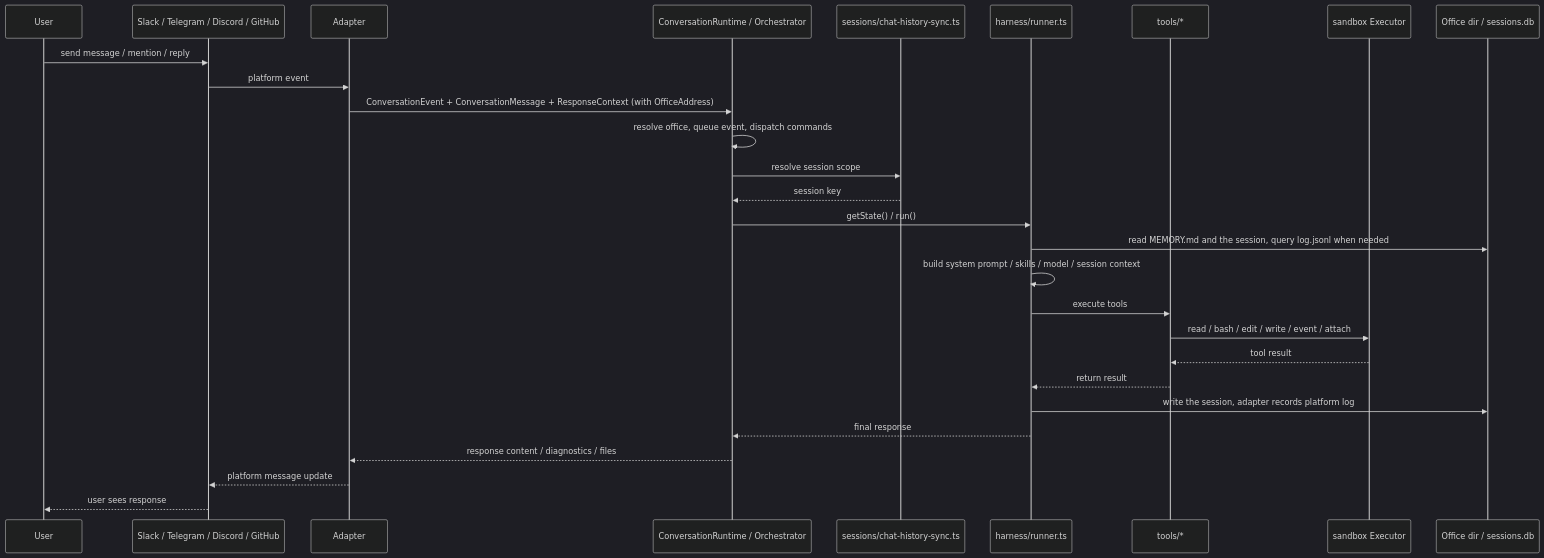
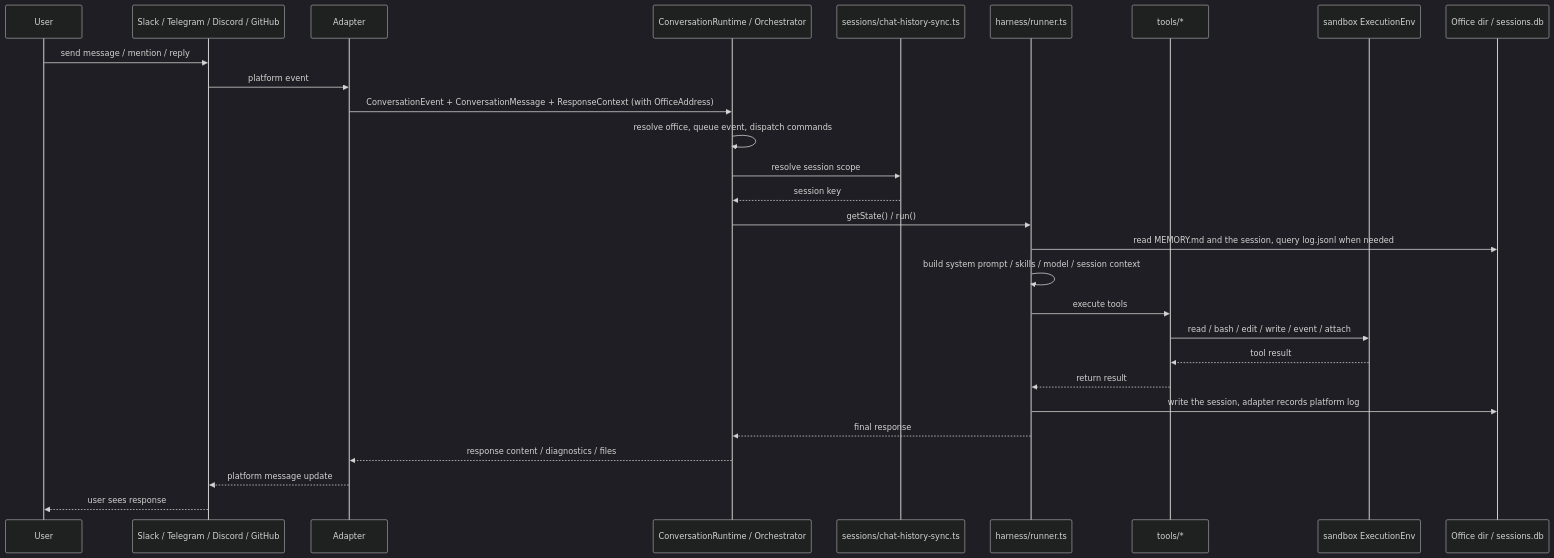
The first of 2 diagrams in src/content/docs/architecture.md (geminixiang/mikan), drawn with Mermaid (dark theme) before and after one commit. The commit also changed other lines of this file and 40 other files, not shown here.

Commit message:
refactor(sandbox): hand tools Pi's ExecutionEnv instead of Executor (#166)

````diff
--- a/src/content/docs/architecture.md
+++ b/src/content/docs/architecture.md
@@ -122,31 +122,31 @@
 ```mermaid
 sequenceDiagram
   participant U as User
   participant P as Slack / Telegram / Discord / GitHub
   participant A as Adapter
   participant M as ConversationRuntime / Orchestrator
   participant S as sessions/chat-history-sync.ts
   participant R as harness/runner.ts
   participant T as tools/*
-  participant X as sandbox Executor
+  participant X as sandbox ExecutionEnv
   participant W as Office dir / sessions.db
 
   U->>P: send message / mention / reply
   P->>A: platform event
   A->>M: ConversationEvent + ConversationMessage + ResponseContext (with OfficeAddress)
   M->>M: resolve office, queue event, dispatch commands
   M->>S: resolve session scope
   S-->>M: session key
   M->>R: getState() / run()
   R->>W: read MEMORY.md and the session, query log.jsonl when needed
   R->>R: build system prompt / skills / model / session context
   R->>T: execute tools
   T->>X: read / bash / edit / write / event / attach
   X-->>T: tool result
   T-->>R: return result
   R->>W: write the session, adapter records platform log
   R-->>M: final response
   M-->>A: response content / diagnostics / files
   A-->>P: platform message update
   P-->>U: user sees response
 ```
````
